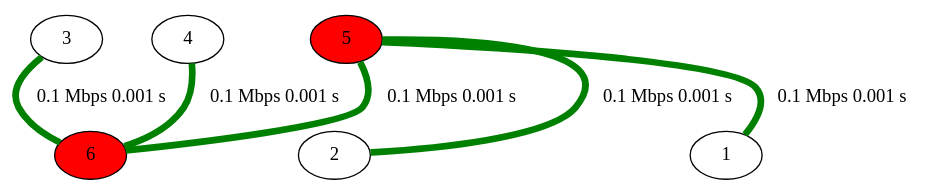
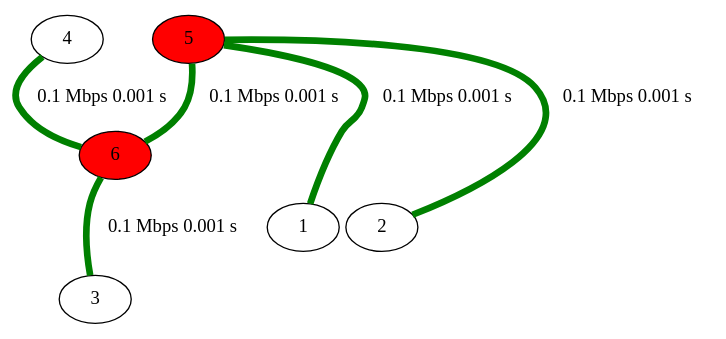
Before and after one commit to nonononoka/ntSimulator: the diagram in network.gv, drawn with Graphviz. The commit also changed other lines of this file and 8 other files, not shown here.

```diff
--- a/network.gv
+++ b/network.gv
@@ -1,46 +1,46 @@
 strict graph {
 
-
-	"3" [  weight=0 ];
-
-	"3" -- "6" [ color="green", label="0.1 Mbps 0.001 s
-", penwidth="5.00",  weight=0 ];
 
 	"4" [  weight=0 ];
 
 	"4" -- "6" [ color="green", label="0.1 Mbps 0.001 s
 ", penwidth="5.00",  weight=0 ];
 
 	"5" [ fillcolor="red", style="filled",  weight=0 ];
 
+	"5" -- "1" [ color="green", label="0.1 Mbps 0.001 s
+", penwidth="5.00",  weight=0 ];
+
 	"5" -- "2" [ color="green", label="0.1 Mbps 0.001 s
 ", penwidth="5.00",  weight=0 ];
 
 	"5" -- "6" [ color="green", label="0.1 Mbps 0.001 s
-", penwidth="5.00",  weight=0 ];
-
-	"5" -- "1" [ color="green", label="0.1 Mbps 0.001 s
 ", penwidth="5.00",  weight=0 ];
 
 	"6" [ fillcolor="red", style="filled",  weight=0 ];
 
 	"6" -- "5" [ color="green", label="0.1 Mbps 0.001 s
 ", penwidth="5.00",  weight=0 ];
 
 	"6" -- "3" [ color="green", label="0.1 Mbps 0.001 s
 ", penwidth="5.00",  weight=0 ];
 
 	"6" -- "4" [ color="green", label="0.1 Mbps 0.001 s
 ", penwidth="5.00",  weight=0 ];
 
 	"1" [  weight=0 ];
 
 	"1" -- "5" [ color="green", label="0.1 Mbps 0.001 s
 ", penwidth="5.00",  weight=0 ];
 
 	"2" [  weight=0 ];
 
 	"2" -- "5" [ color="green", label="0.1 Mbps 0.001 s
 ", penwidth="5.00",  weight=0 ];
 
+	"3" [  weight=0 ];
+
+	"3" -- "6" [ color="green", label="0.1 Mbps 0.001 s
+", penwidth="5.00",  weight=0 ];
+
 }
```
